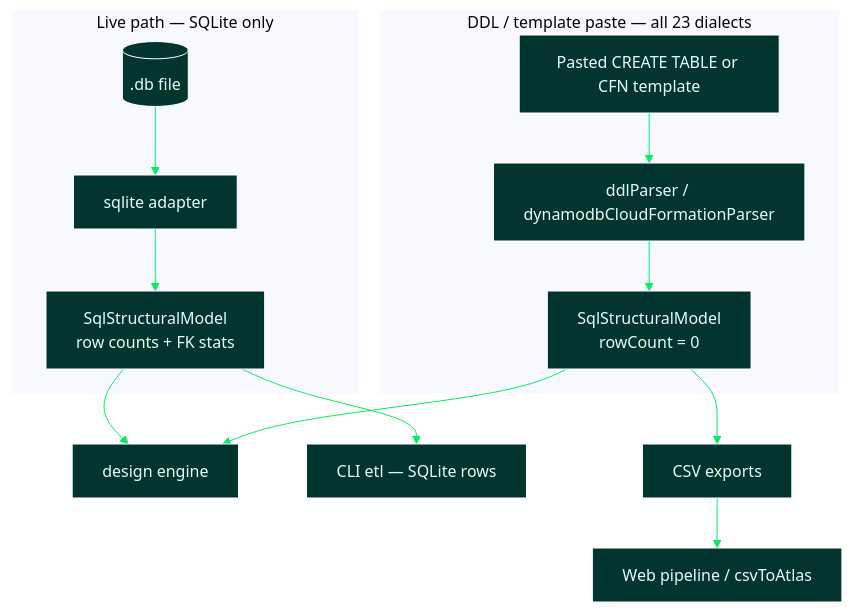
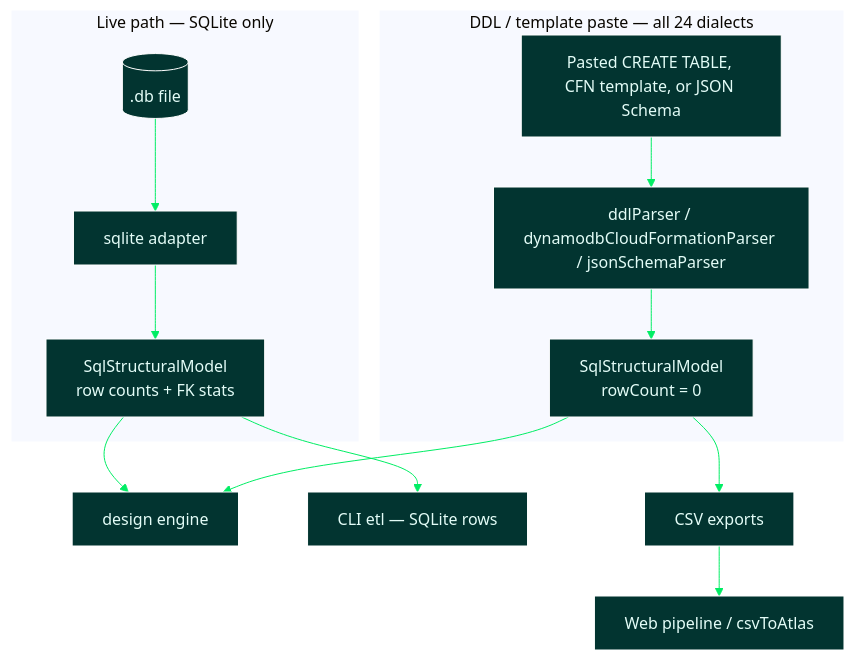
The diagram in docs/18-sql-dialects.md (7erry/hvyMETL), drawn with Mermaid before and after one commit. The commit also changed other lines of this file and 39 other files, not shown here.

First line of the commit message:
Add JSON Schema as a schema import dialect with examples and docs.

````diff
--- a/docs/18-sql-dialects.md
+++ b/docs/18-sql-dialects.md
@@ -60,17 +62,17 @@
 ```mermaid
 %%{init:{"theme":"base","themeVariables":{"darkMode":true,"background":"#001E2B","mainBkg":"#023430","primaryTextColor":"#E3FCF7","lineColor":"#00ED64","textColor":"#E3FCF7"}}}%%
 flowchart TB
     subgraph live [Live path — SQLite only]
         FILE[(.db file)] --> ADAPTER[sqlite adapter]
         ADAPTER --> MODEL[SqlStructuralModel<br/>row counts + FK stats]
     end
-    subgraph ddl [DDL / template paste — all 23 dialects]
-        PASTE[Pasted CREATE TABLE or CFN template] --> PARSER[ddlParser / dynamodbCloudFormationParser]
+    subgraph ddl [DDL / template paste — all 24 dialects]
+        PASTE[Pasted CREATE TABLE, CFN template, or JSON Schema] --> PARSER[ddlParser / dynamodbCloudFormationParser / jsonSchemaParser]
         PARSER --> MODEL2[SqlStructuralModel<br/>rowCount = 0]
     end
     MODEL --> DESIGN[design engine]
     MODEL2 --> DESIGN
     MODEL --> ETL_CLI[CLI etl — SQLite rows]
     MODEL2 --> CSV[CSV exports]
     CSV --> PIPELINE[Web pipeline / csvToAtlas]
 ```
````
